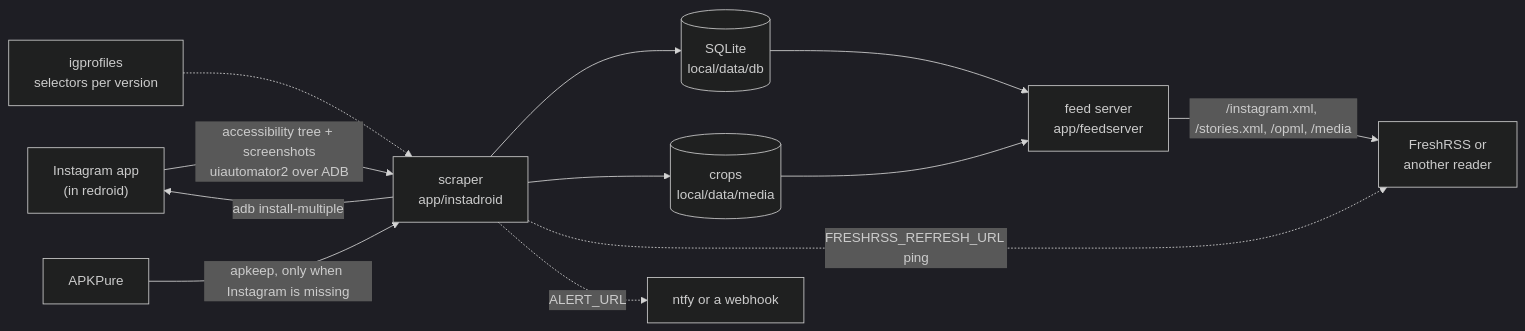
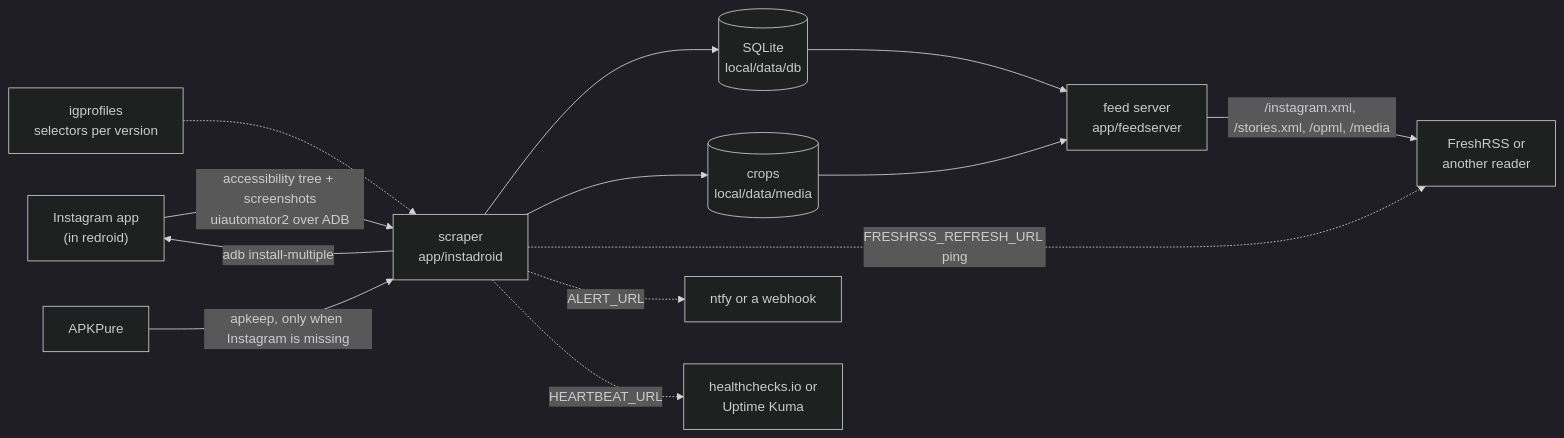
The diagram in docs/ARCHITECTURE.md (ivylikethevine/instadroid), drawn with Mermaid (dark theme) before and after one commit. The commit also changed other lines of this file and 19 other files, not shown here.

````diff
--- a/docs/ARCHITECTURE.md
+++ b/docs/ARCHITECTURE.md
@@ -62,14 +62,15 @@
 ```mermaid
 flowchart LR
     ig["Instagram app<br/>(in redroid)"] -->|"accessibility tree + screenshots<br/>uiautomator2 over ADB"| scraper["scraper<br/>app/instadroid"]
     profiles["igprofiles<br/>selectors per version"] -.-> scraper
     apkpure["APKPure"] -->|"apkeep, only when Instagram is missing"| scraper
     scraper -->|"adb install-multiple"| ig
     scraper --> db[("SQLite<br/>local/data/db")]
     scraper --> media[("crops<br/>local/data/media")]
     db --> feed["feed server<br/>app/feedserver"]
     media --> feed
     feed -->|"/instagram.xml, /stories.xml, /opml, /media"| reader["FreshRSS or<br/>another reader"]
     scraper -.->|"FRESHRSS_REFRESH_URL ping"| reader
     scraper -.->|"ALERT_URL"| alerts["ntfy or a webhook"]
+    scraper -.->|"HEARTBEAT_URL"| monitor["healthchecks.io or<br/>Uptime Kuma"]
 ```
````
